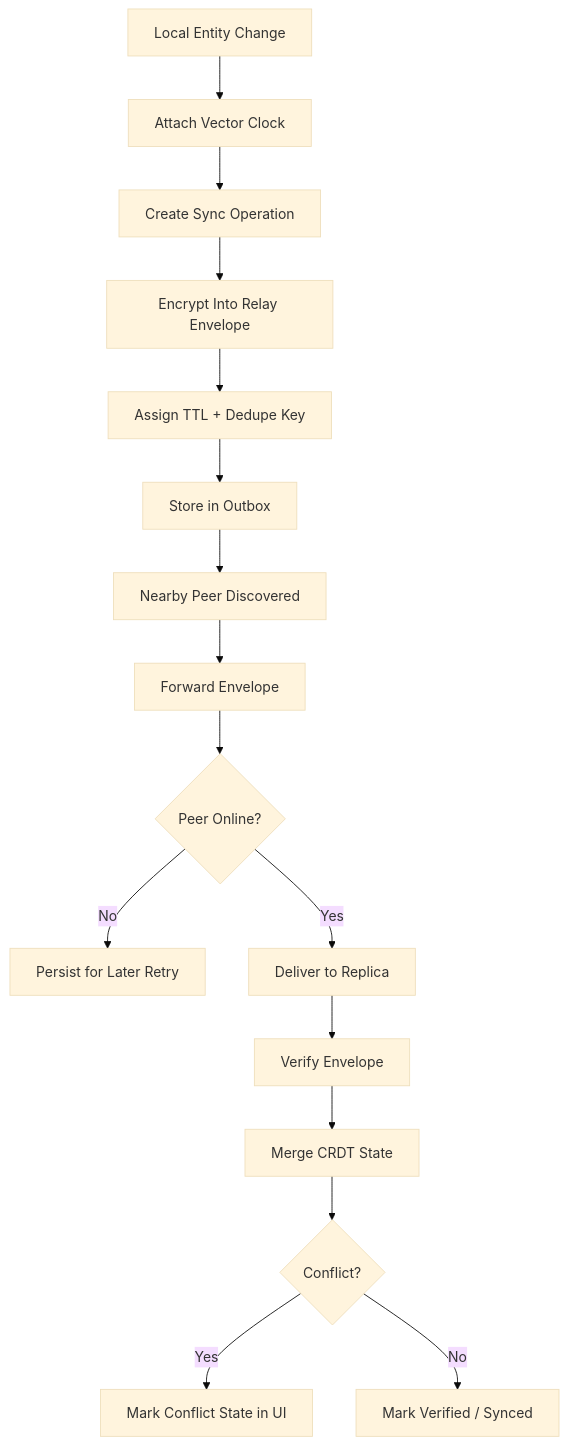
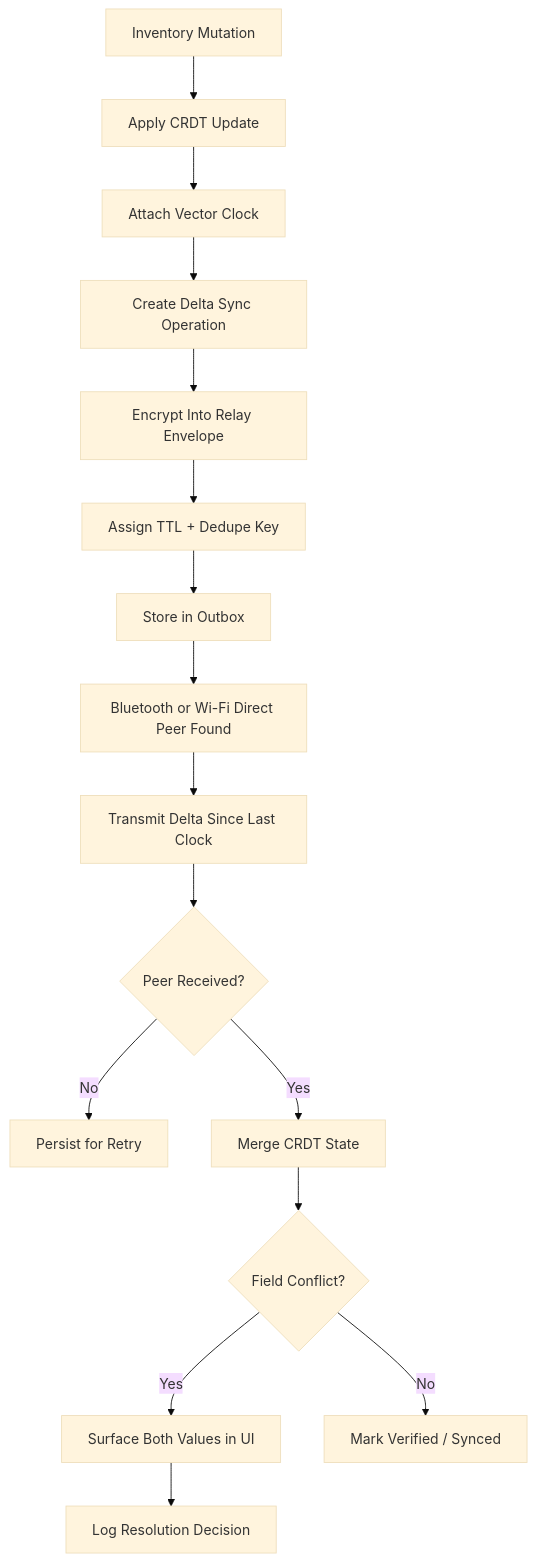
One commit to Seyamalam/hackfusion_huntrix changed the fourth of 10 diagrams in docs/architecture.md. Above: the diagram before and after it, drawn with Mermaid (base theme). The commit also changed other lines of this file and 1 other file, not shown here.

````diff
--- a/docs/architecture.md
+++ b/docs/architecture.md
@@ -175,18 +195,18 @@
 ```mermaid
 flowchart TD
-    A[Local Entity Change] --> B[Attach Vector Clock]
-    B --> C[Create Sync Operation]
-    C --> D[Encrypt Into Relay Envelope]
-    D --> E[Assign TTL + Dedupe Key]
-    E --> F[Store in Outbox]
-    F --> G[Nearby Peer Discovered]
-    G --> H[Forward Envelope]
-    H --> I{Peer Online?}
-    I -- No --> J[Persist for Later Retry]
-    I -- Yes --> K[Deliver to Replica]
-    K --> L[Verify Envelope]
-    L --> M[Merge CRDT State]
-    M --> N{Conflict?}
-    N -- Yes --> O[Mark Conflict State in UI]
-    N -- No --> P[Mark Verified / Synced]
+    A[Inventory Mutation] --> B[Apply CRDT Update]
+    B --> C[Attach Vector Clock]
+    C --> D[Create Delta Sync Operation]
+    D --> E[Encrypt Into Relay Envelope]
+    E --> F[Assign TTL + Dedupe Key]
+    F --> G[Store in Outbox]
+    G --> H[Bluetooth or Wi-Fi Direct Peer Found]
+    H --> I[Transmit Delta Since Last Clock]
+    I --> J{Peer Received?}
+    J -- No --> K[Persist for Retry]
+    J -- Yes --> L[Merge CRDT State]
+    L --> M{Field Conflict?}
+    M -- Yes --> N[Surface Both Values in UI]
+    N --> O[Log Resolution Decision]
+    M -- No --> P[Mark Verified / Synced]
 ```
````
